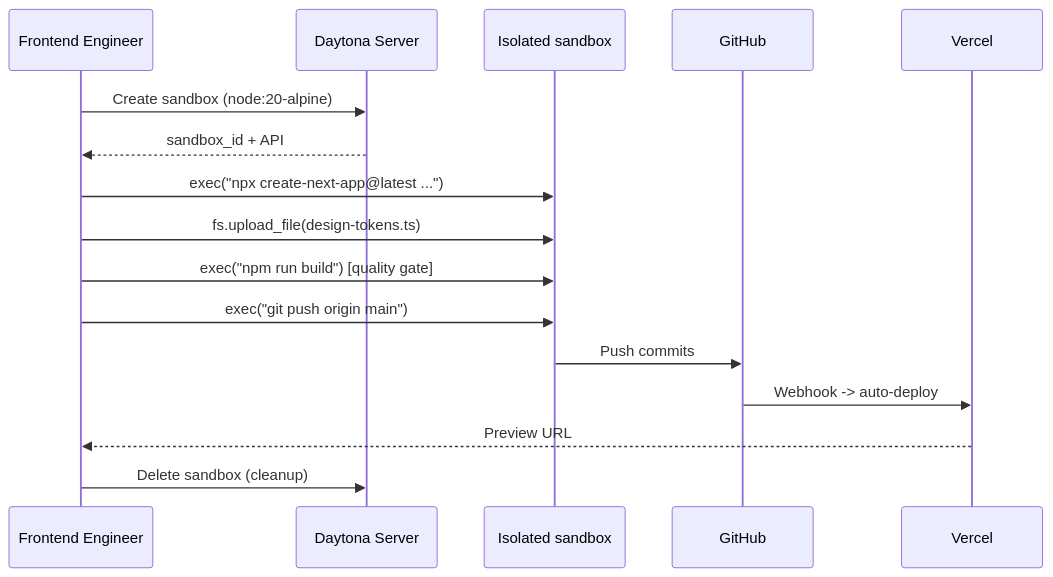
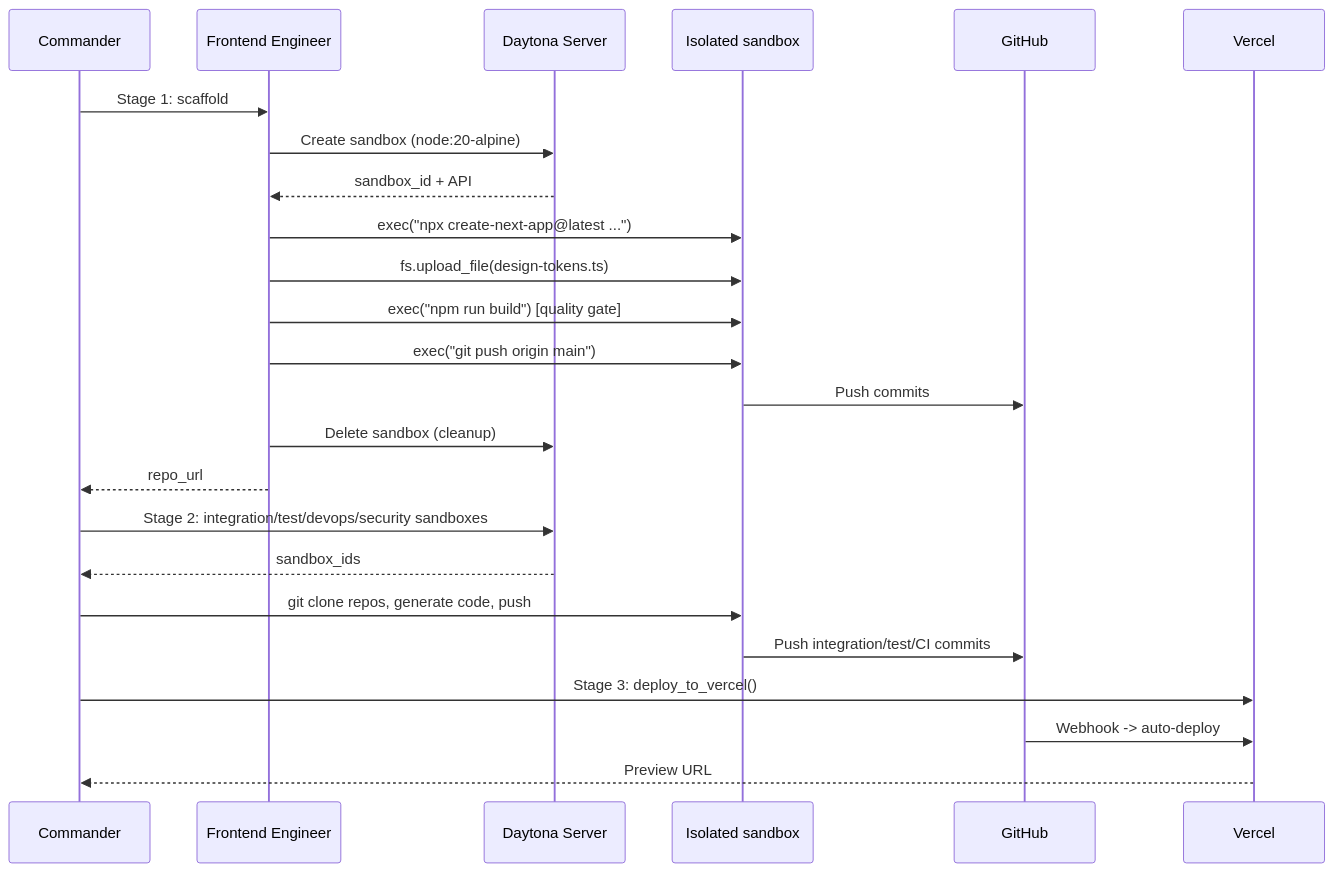
Before and after one commit to snowby666/forge: the fifth of 6 diagrams in docs/07-infrastructure.md, drawn with Mermaid. The commit also changed other lines of this file and 6 other files, not shown here.

````diff
--- a/docs/07-infrastructure.md
+++ b/docs/07-infrastructure.md
@@ -256,19 +329,29 @@
 ```mermaid
 sequenceDiagram
+    participant CMD as Commander
     participant FE as Frontend Engineer
     participant DYT as Daytona Server
     participant SBX as Isolated sandbox
     participant GH as GitHub
     participant VCL as Vercel
 
+    CMD->>FE: Stage 1: scaffold
     FE->>DYT: Create sandbox (node:20-alpine)
     DYT-->>FE: sandbox_id + API
     FE->>SBX: exec("npx create-next-app@latest ...")
     FE->>SBX: fs.upload_file(design-tokens.ts)
     FE->>SBX: exec("npm run build") [quality gate]
     FE->>SBX: exec("git push origin main")
     SBX->>GH: Push commits
+    FE->>DYT: Delete sandbox (cleanup)
+    FE-->>CMD: repo_url
+
+    CMD->>DYT: Stage 2: integration/test/devops/security sandboxes
+    DYT-->>CMD: sandbox_ids
+    CMD->>SBX: git clone repos, generate code, push
+    SBX->>GH: Push integration/test/CI commits
+
+    CMD->>VCL: Stage 3: deploy_to_vercel()
     GH->>VCL: Webhook -> auto-deploy
-    VCL-->>FE: Preview URL
-    FE->>DYT: Delete sandbox (cleanup)
+    VCL-->>CMD: Preview URL
 ```
````
